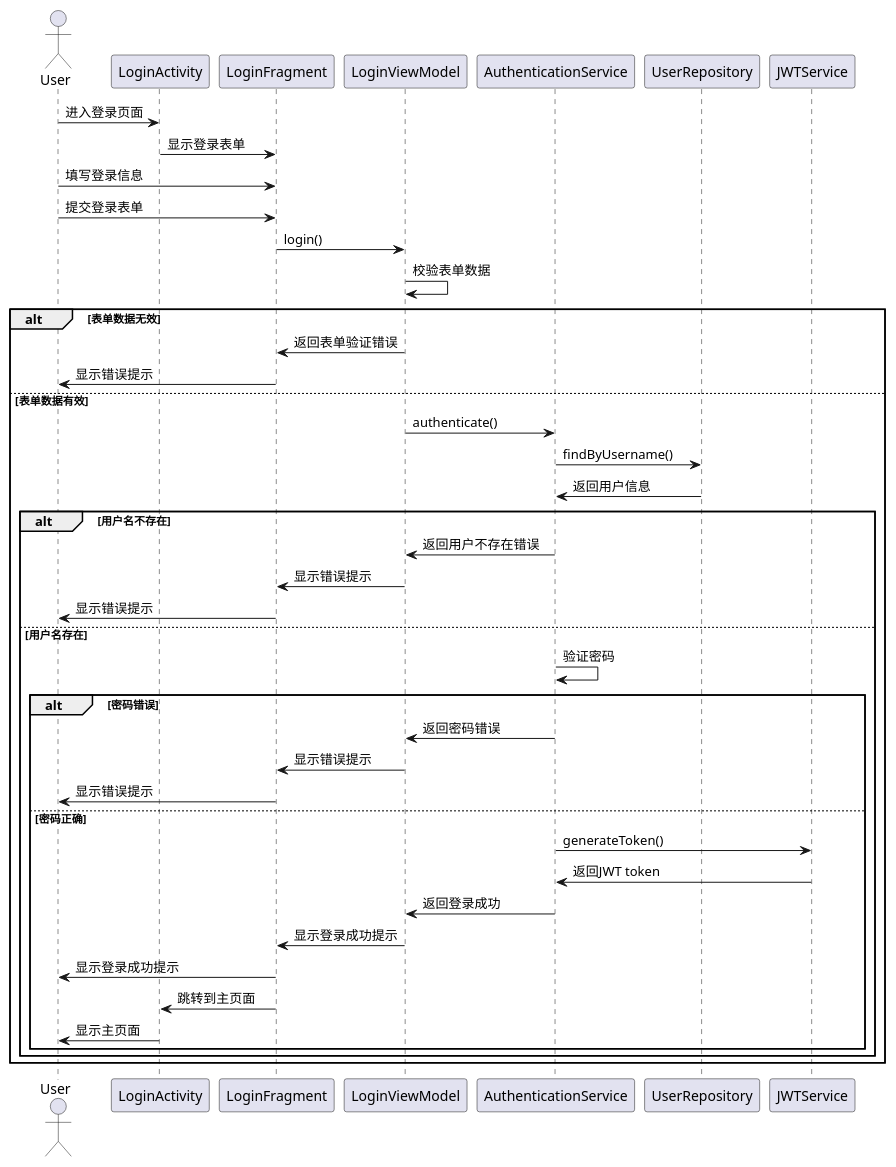
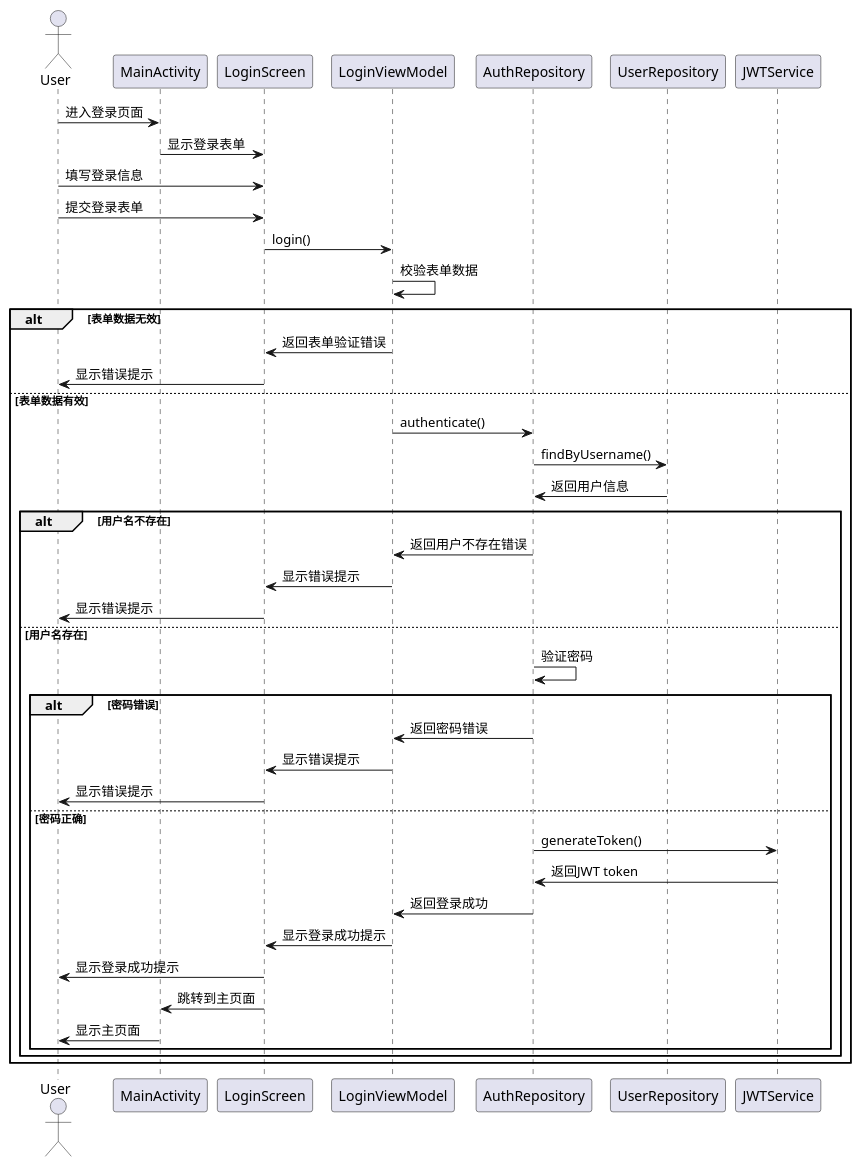
The diagram in diagrams/uml/用户管理/登录时序.puml (Mai-hh/BookCrosser), drawn with PlantUML before and after one commit. The commit also changed 15 other files, not shown here.

```diff
--- a/diagrams/uml/用户管理/登录时序.puml
+++ b/diagrams/uml/用户管理/登录时序.puml
@@ -1,51 +1,51 @@
 @startuml
 actor User
-participant LoginActivity
-participant LoginFragment
+participant MainActivity
+participant LoginScreen
 participant LoginViewModel
-participant AuthenticationService
+participant AuthRepository
 participant UserRepository
 participant JWTService
 
-User -> LoginActivity: 进入登录页面
-LoginActivity -> LoginFragment: 显示登录表单
+User -> MainActivity: 进入登录页面
+MainActivity -> LoginScreen: 显示登录表单
 
-User -> LoginFragment: 填写登录信息
-User -> LoginFragment: 提交登录表单
+User -> LoginScreen: 填写登录信息
+User -> LoginScreen: 提交登录表单
 
-LoginFragment -> LoginViewModel: login()
+LoginScreen -> LoginViewModel: login()
 
 LoginViewModel -> LoginViewModel: 校验表单数据
 alt 表单数据无效
-    LoginViewModel -> LoginFragment: 返回表单验证错误
-    LoginFragment -> User: 显示错误提示
+    LoginViewModel -> LoginScreen: 返回表单验证错误
+    LoginScreen -> User: 显示错误提示
 else 表单数据有效
-    LoginViewModel -> AuthenticationService: authenticate()
+    LoginViewModel -> AuthRepository: authenticate()
 
-    AuthenticationService -> UserRepository: findByUsername()
-    UserRepository -> AuthenticationService: 返回用户信息
+    AuthRepository -> UserRepository: findByUsername()
+    UserRepository -> AuthRepository: 返回用户信息
 
     alt 用户名不存在
-        AuthenticationService -> LoginViewModel: 返回用户不存在错误
-        LoginViewModel -> LoginFragment: 显示错误提示
-        LoginFragment -> User: 显示错误提示
+        AuthRepository -> LoginViewModel: 返回用户不存在错误
+        LoginViewModel -> LoginScreen: 显示错误提示
+        LoginScreen -> User: 显示错误提示
     else 用户名存在
-        AuthenticationService -> AuthenticationService: 验证密码
+        AuthRepository -> AuthRepository: 验证密码
         alt 密码错误
-            AuthenticationService -> LoginViewModel: 返回密码错误
-            LoginViewModel -> LoginFragment: 显示错误提示
-            LoginFragment -> User: 显示错误提示
+            AuthRepository -> LoginViewModel: 返回密码错误
+            LoginViewModel -> LoginScreen: 显示错误提示
+            LoginScreen -> User: 显示错误提示
         else 密码正确
-            AuthenticationService -> JWTService: generateToken()
-            JWTService -> AuthenticationService: 返回JWT token
+            AuthRepository -> JWTService: generateToken()
+            JWTService -> AuthRepository: 返回JWT token
 
-            AuthenticationService -> LoginViewModel: 返回登录成功
-            LoginViewModel -> LoginFragment: 显示登录成功提示
-            LoginFragment -> User: 显示登录成功提示
+            AuthRepository -> LoginViewModel: 返回登录成功
+            LoginViewModel -> LoginScreen: 显示登录成功提示
+            LoginScreen -> User: 显示登录成功提示
 
-            LoginFragment -> LoginActivity: 跳转到主页面
-            LoginActivity -> User: 显示主页面
+            LoginScreen -> MainActivity: 跳转到主页面
+            MainActivity -> User: 显示主页面
         end
     end
 end
 @enduml
```
